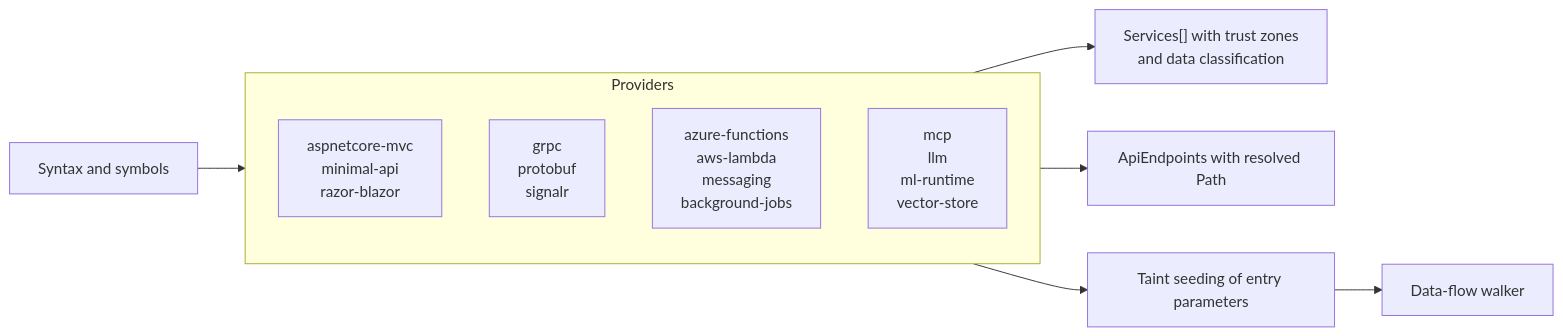
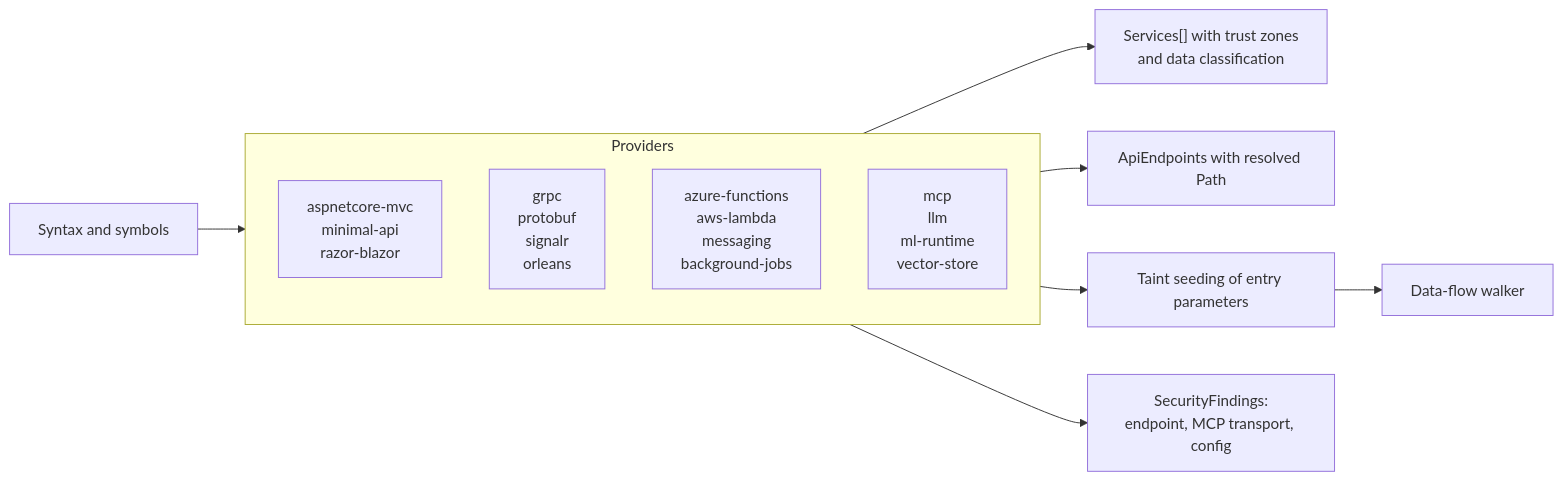
The fourth of 5 diagrams in docs/ARCHITECTURE.md (owasp-dep-scan/dosai), drawn with Mermaid before and after one commit. The commit also changed other lines of this file and 74 other files, not shown here.

Commit message:
Update docs, lessons, and code comments for schema 4.1.0 feature set (#50)

````diff
--- a/docs/ARCHITECTURE.md
+++ b/docs/ARCHITECTURE.md
@@ -177,14 +188,15 @@
 ```mermaid
 flowchart LR
     Code["Syntax and symbols"] --> Providers
     subgraph Providers
         Web["aspnetcore-mvc<br/>minimal-api<br/>razor-blazor"]
-        RPC["grpc<br/>protobuf<br/>signalr"]
+        RPC["grpc<br/>protobuf<br/>signalr<br/>orleans"]
         Srv["azure-functions<br/>aws-lambda<br/>messaging<br/>background-jobs"]
         AI["mcp<br/>llm<br/>ml-runtime<br/>vector-store"]
     end
     Providers --> Services["Services[] with trust zones<br/>and data classification"]
     Providers --> Endpoints["ApiEndpoints with resolved Path"]
     Providers --> Seed["Taint seeding of entry parameters"]
+    Providers --> Findings["SecurityFindings:<br/>endpoint, MCP transport, config"]
     Seed --> Walker["Data-flow walker"]
 ```
````
